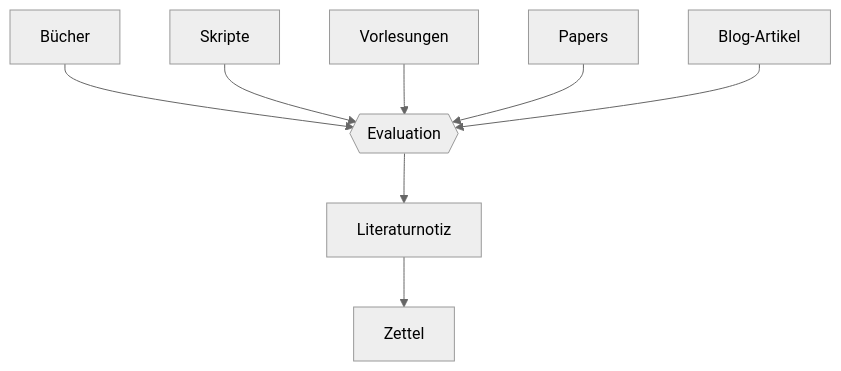
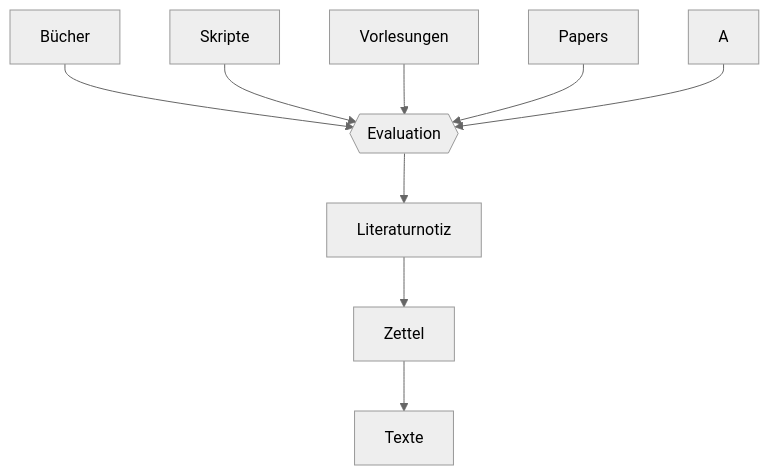
The diagram in System/Informationsverarbeitung.md (julianstoerig/zettelkasten), drawn with Mermaid (neutral theme) before and after one commit.

Commit message:
automatic version-control: 2021-01-11 22:28:50

````diff
--- a/System/Informationsverarbeitung.md
+++ b/System/Informationsverarbeitung.md
@@ -1,21 +1,20 @@
 ```mermaid
 graph TD;
 
 B["Bücher"]
 S["Skripte"]
 V["Vorlesungen"]
 P["Papers"]
-A["Blog-Artikel"]
 
 E{{"Evaluation"}}
 
 L["Literaturnotiz"]
 Z["Zettel"]
-
+T["Texte"]
 B & S & V & P & A --> E
 
 E --> L
 L --> Z
-
+Z --> T
 
 ```
````
